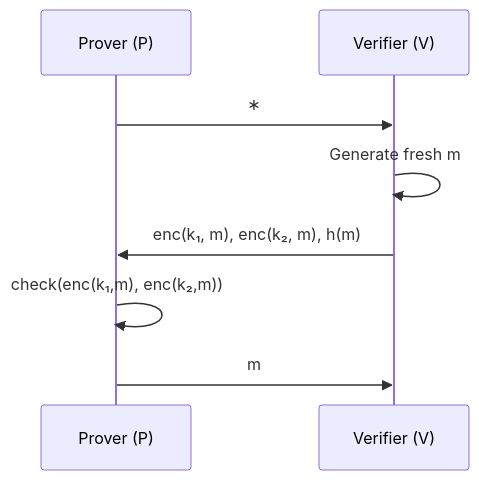
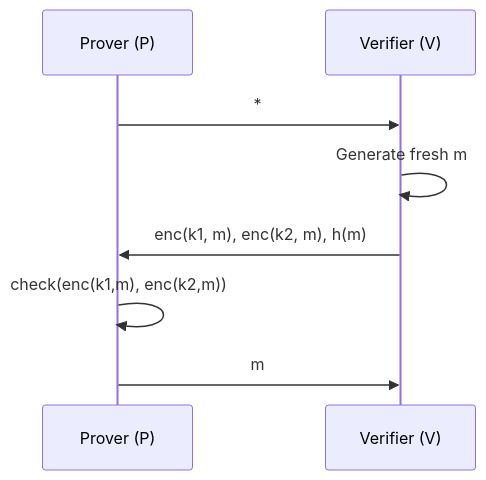
Before and after one commit to ChihChengLiang/notes: the second of 2 diagrams in notes/fv_privacy/slides.md, drawn with Mermaid. The commit also changed other lines of this file and 1 other file, not shown here.

````diff
--- a/notes/fv_privacy/slides.md
+++ b/notes/fv_privacy/slides.md
@@ -154,11 +154,11 @@
 ```mermaid
 sequenceDiagram
     participant P as Prover (P)
     participant V as Verifier (V)
 
-    P->>V: ∗
+    P->>V: *
     V->>V: Generate fresh m
-    V->>P: enc(k₁, m), enc(k₂, m), h(m)
-    P->>P: check(enc(k₁,m), enc(k₂,m))
+    V->>P: enc(k1, m), enc(k2, m), h(m)
+    P->>P: check(enc(k1,m), enc(k2,m))
     P->>V: m
 ```
````
